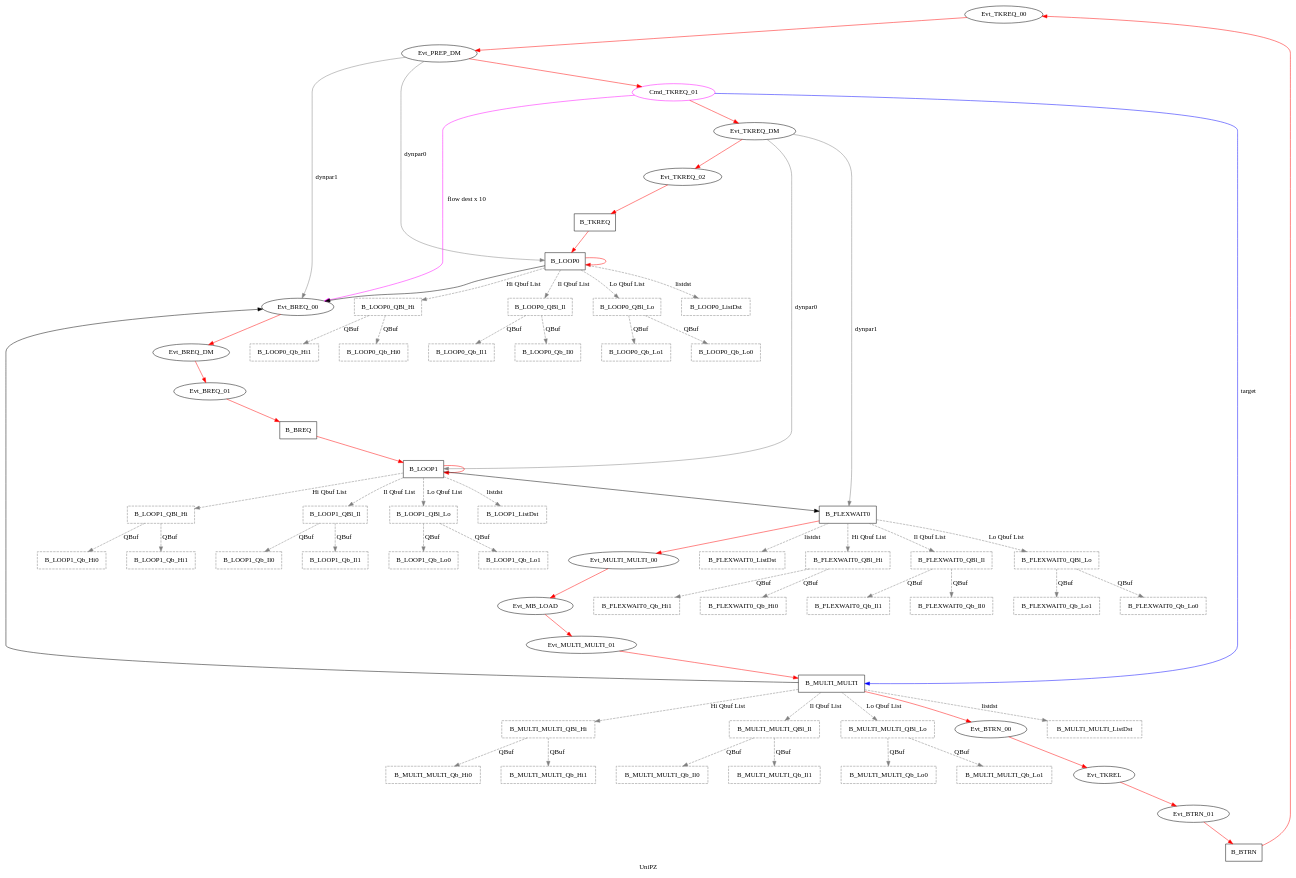
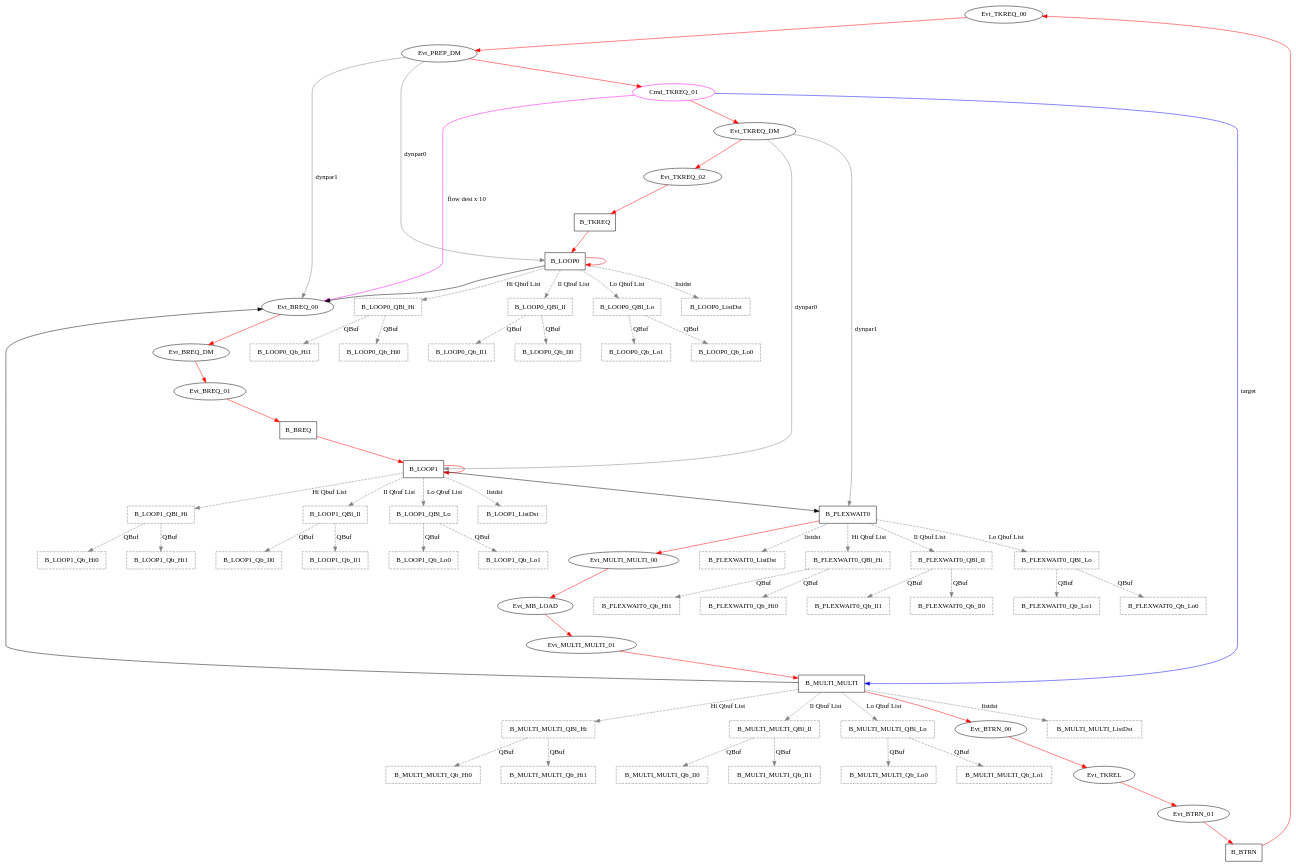
Before and after one commit to GSI-CS-CO/bel_projects: the diagram in modules/ftm/ftmx86/unipz.dot, drawn with Graphviz. The commit also changed 4 other files, not shown here.

Commit message:
tool: added full qualified node names (graphname.nodename) for upload versioning

```diff
--- a/modules/ftm/ftmx86/unipz.dot
+++ b/modules/ftm/ftmx86/unipz.dot
@@ -1,135 +1,137 @@
-digraph G {
-graph [label="UniPZ", root="Evt_BREQ_00",  rankdir=TB, nodesep=0.6, mindist=0.6, ranksep=0.6, overlap=false]
+digraph g {
+name="UNIPZv0123";
+
+graph [ root="Evt_BREQ_00",  rankdir=TB, nodesep=0.6, mindist=0.6, ranksep=0.6, overlap=false]
 node [type="TMsg", shape="rectangle",  style="filled", fillcolor="white", color="black"]
 edge [type="defdst", color="red"]
 
 Evt_TKREQ_00        [type="TMsg",                tOffs=0, id="0x0000000000000001", par="0x123", shape="oval"];
 Evt_PREP_DM         [type="TMsg",              tOffs=100, id="0x1111000000000000", par="0x0", shape="oval"];
 Cmd_TKREQ_01        [shape="oval",             tOffs=300, type="Flow", color="magenta", tValid=0, qty=9];
 Evt_TKREQ_DM        [type="TMsg",              tOffs=500, id="0x2222000000000000", par="0x0", shape="oval"];
 Evt_TKREQ_02        [type="TMsg",             tOffs=1000, id="0x0000000000000002", par="0x456", shape="oval"];
 B_TKREQ             [type="Block",        tPeriod=200000000];
 B_LOOP0             [type="Block",         tPeriod=10000];
 Evt_BREQ_00         [type="TMsg",                tOffs=0, id="0x0000000000000003", par="0x456", shape="oval"];
 Evt_BREQ_DM         [type="TMsg",             tOffs=2000, id="0x3333000000000000", par="0x456", shape="oval"];
 Evt_BREQ_01         [type="TMsg",             tOffs=9000, id="0x0000000000000004", par="0x456", shape="oval"];
 B_BREQ              [type="Block",        tPeriod=2000000];
 B_LOOP1             [type="Block",         tPeriod=10000];
 B_FLEXWAIT0         [type="Block",         tPeriod=71111];
 Evt_MULTI_MULTI_00  [type="TMsg",              tOffs=0,  id="0x0000000000000005", par="0x456", shape="oval"];
 Evt_MB_LOAD         [type="TMsg",              tOffs=200,  id="0x0000000000000006", par="0x456", shape="oval"];
 Evt_MULTI_MULTI_01  [type="TMsg",              tOffs=700,  id="0x0000000000000007", par="0x456", shape="oval"];
 B_MULTI_MULTI       [type="BlockAlign", tPeriod=10000000];
 Evt_BTRN_00         [type="TMsg",              tOffs=500,  id="0x0000000000000008", par="0x456", shape="oval"];
 Evt_TKREL           [type="TMsg",            tOffs=10000,  id="0x4444000000000000", par="0x456", shape="oval"];
 Evt_BTRN_01         [type="TMsg",            tOffs=10500,  id="0x0000000000000009", par="0x456", shape="oval"];
 B_BTRN              [type="Block",        tPeriod=200000];
 
 Evt_TKREQ_00  -> Evt_PREP_DM -> Cmd_TKREQ_01 -> Evt_TKREQ_DM -> Evt_TKREQ_02 -> B_TKREQ -> B_LOOP0 -> B_LOOP0;
 Cmd_TKREQ_01  -> B_MULTI_MULTI [type="target", color="blue", label="target"];
 Cmd_TKREQ_01  -> Evt_BREQ_00 [type="flowdst", color="magenta", label="flow dest x 10"];
 
 Evt_PREP_DM   -> B_LOOP0 [type="dynpar0", color="grey", label="dynpar0"];
 Evt_PREP_DM   -> Evt_BREQ_00 [type="dynpar1", color="grey", label="dynpar1"];
 Evt_TKREQ_DM  -> B_LOOP1 [type="dynpar0", color="grey", label="dynpar0"];
 Evt_TKREQ_DM  -> B_FLEXWAIT0 [type="dynpar1", color="grey", label="dynpar1"];
 B_LOOP0       -> Evt_BREQ_00 [type="altdst", color="black"];
 
 Evt_BREQ_00   -> Evt_BREQ_DM  -> Evt_BREQ_01  -> B_BREQ -> B_LOOP1 -> B_LOOP1;
 B_LOOP1       -> B_FLEXWAIT0 [type="altdst", color="black"];
 B_FLEXWAIT0   -> Evt_MULTI_MULTI_00 -> Evt_MB_LOAD -> Evt_MULTI_MULTI_01 -> B_MULTI_MULTI -> Evt_BTRN_00 -> Evt_TKREL -> Evt_BTRN_01 -> B_BTRN -> Evt_TKREQ_00;
 B_MULTI_MULTI -> Evt_BREQ_00 [type="altdst", color="black"];
 
 
 B_LOOP0_ListDst [type="ListDst", color="grey", style=dashed, flags=0];
 B_LOOP0_QBl_Hi [type="QInfo", color="grey", style=dashed, flags=0];
 B_LOOP0_QBl_Il [type="QInfo", color="grey", style=dashed, flags=0];
 B_LOOP0_QBl_Lo [type="QInfo", color="grey", style=dashed, flags=0];
 B_LOOP0_Qb_Hi0 [type="QBuf", color="grey", style=dashed, flags=0];
 B_LOOP0_Qb_Il0 [type="QBuf", color="grey", style=dashed, flags=0];
 B_LOOP0_Qb_Lo0 [type="QBuf", color="grey", style=dashed, flags=0];
 B_LOOP0_Qb_Hi1 [type="QBuf", color="grey", style=dashed, flags=0];
 B_LOOP0_Qb_Il1 [type="QBuf", color="grey", style=dashed, flags=0];
 B_LOOP0_Qb_Lo1 [type="QBuf", color="grey", style=dashed, flags=0];
 
 B_LOOP0->B_LOOP0_QBl_Il [type="prioil", color="grey", style=dashed, label="Il Qbuf List"];
 B_LOOP0->B_LOOP0_QBl_Hi [type="priohi", color="grey", style=dashed, label="Hi Qbuf List"];
 B_LOOP0->B_LOOP0_QBl_Lo [type="priolo", color="grey", style=dashed, label="Lo Qbuf List"];
 B_LOOP0_QBl_Il->B_LOOP0_Qb_Il0 [type="meta", color="grey", style=dashed, label="QBuf"];
 B_LOOP0_QBl_Hi->B_LOOP0_Qb_Hi0 [type="meta", color="grey", style=dashed, label="QBuf"];
 B_LOOP0_QBl_Lo->B_LOOP0_Qb_Lo0 [type="meta", color="grey", style=dashed, label="QBuf"];
 B_LOOP0_QBl_Il->B_LOOP0_Qb_Il1 [type="meta", color="grey", style=dashed, label="QBuf"];
 B_LOOP0_QBl_Hi->B_LOOP0_Qb_Hi1 [type="meta", color="grey", style=dashed, label="QBuf"];
 B_LOOP0_QBl_Lo->B_LOOP0_Qb_Lo1 [type="meta", color="grey", style=dashed, label="QBuf"];
 B_LOOP0->B_LOOP0_ListDst [type="listdst", color="grey", style=dashed, label="listdst"];
 
 B_LOOP1_ListDst [type="ListDst", color="grey", style=dashed, flags=0];
 B_LOOP1_QBl_Hi [type="QInfo", color="grey", style=dashed, flags=0];
 B_LOOP1_QBl_Il [type="QInfo", color="grey", style=dashed, flags=0];
 B_LOOP1_QBl_Lo [type="QInfo", color="grey", style=dashed, flags=0];
 B_LOOP1_Qb_Hi0 [type="QBuf", color="grey", style=dashed, flags=0];
 B_LOOP1_Qb_Il0 [type="QBuf", color="grey", style=dashed, flags=0];
 B_LOOP1_Qb_Lo0 [type="QBuf", color="grey", style=dashed, flags=0];
 B_LOOP1_Qb_Hi1 [type="QBuf", color="grey", style=dashed, flags=0];
 B_LOOP1_Qb_Il1 [type="QBuf", color="grey", style=dashed, flags=0];
 B_LOOP1_Qb_Lo1 [type="QBuf", color="grey", style=dashed, flags=0];
 
 B_LOOP1->B_LOOP1_QBl_Il [type="prioil", color="grey", style=dashed, label="Il Qbuf List"];
 B_LOOP1->B_LOOP1_QBl_Hi [type="priohi", color="grey", style=dashed, label="Hi Qbuf List"];
 B_LOOP1->B_LOOP1_QBl_Lo [type="priolo", color="grey", style=dashed, label="Lo Qbuf List"];
 B_LOOP1_QBl_Il->B_LOOP1_Qb_Il0 [type="meta", color="grey", style=dashed, label="QBuf"];
 B_LOOP1_QBl_Hi->B_LOOP1_Qb_Hi0 [type="meta", color="grey", style=dashed, label="QBuf"];
 B_LOOP1_QBl_Lo->B_LOOP1_Qb_Lo0 [type="meta", color="grey", style=dashed, label="QBuf"];
 B_LOOP1_QBl_Il->B_LOOP1_Qb_Il1 [type="meta", color="grey", style=dashed, label="QBuf"];
 B_LOOP1_QBl_Hi->B_LOOP1_Qb_Hi1 [type="meta", color="grey", style=dashed, label="QBuf"];
 B_LOOP1_QBl_Lo->B_LOOP1_Qb_Lo1 [type="meta", color="grey", style=dashed, label="QBuf"];
 B_LOOP1->B_LOOP1_ListDst [type="listdst", color="grey", style=dashed, label="listdst"];
 
 B_FLEXWAIT0_ListDst [type="ListDst", color="grey", style=dashed, flags=0];
 B_FLEXWAIT0_QBl_Hi [type="QInfo", color="grey", style=dashed, flags=0];
 B_FLEXWAIT0_QBl_Il [type="QInfo", color="grey", style=dashed, flags=0];
 B_FLEXWAIT0_QBl_Lo [type="QInfo", color="grey", style=dashed, flags=0];
 B_FLEXWAIT0_Qb_Hi0 [type="QBuf", color="grey", style=dashed, flags=0];
 B_FLEXWAIT0_Qb_Il0 [type="QBuf", color="grey", style=dashed, flags=0];
 B_FLEXWAIT0_Qb_Lo0 [type="QBuf", color="grey", style=dashed, flags=0];
 B_FLEXWAIT0_Qb_Hi1 [type="QBuf", color="grey", style=dashed, flags=0];
 B_FLEXWAIT0_Qb_Il1 [type="QBuf", color="grey", style=dashed, flags=0];
 B_FLEXWAIT0_Qb_Lo1 [type="QBuf", color="grey", style=dashed, flags=0];
 
 B_FLEXWAIT0->B_FLEXWAIT0_QBl_Il [type="prioil", color="grey", style=dashed, label="Il Qbuf List"];
 B_FLEXWAIT0->B_FLEXWAIT0_QBl_Hi [type="priohi", color="grey", style=dashed, label="Hi Qbuf List"];
 B_FLEXWAIT0->B_FLEXWAIT0_QBl_Lo [type="priolo", color="grey", style=dashed, label="Lo Qbuf List"];
 B_FLEXWAIT0_QBl_Il->B_FLEXWAIT0_Qb_Il0 [type="meta", color="grey", style=dashed, label="QBuf"];
 B_FLEXWAIT0_QBl_Hi->B_FLEXWAIT0_Qb_Hi0 [type="meta", color="grey", style=dashed, label="QBuf"];
 B_FLEXWAIT0_QBl_Lo->B_FLEXWAIT0_Qb_Lo0 [type="meta", color="grey", style=dashed, label="QBuf"];
 B_FLEXWAIT0_QBl_Il->B_FLEXWAIT0_Qb_Il1 [type="meta", color="grey", style=dashed, label="QBuf"];
 B_FLEXWAIT0_QBl_Hi->B_FLEXWAIT0_Qb_Hi1 [type="meta", color="grey", style=dashed, label="QBuf"];
 B_FLEXWAIT0_QBl_Lo->B_FLEXWAIT0_Qb_Lo1 [type="meta", color="grey", style=dashed, label="QBuf"];
 B_FLEXWAIT0->B_FLEXWAIT0_ListDst [type="listdst", color="grey", style=dashed, label="listdst"];
 
 
 B_MULTI_MULTI_ListDst [type="ListDst", color="grey", style=dashed, flags=0];
 B_MULTI_MULTI_QBl_Hi [type="QInfo", color="grey", style=dashed, flags=0];
 B_MULTI_MULTI_QBl_Il [type="QInfo", color="grey", style=dashed, flags=0];
 B_MULTI_MULTI_QBl_Lo [type="QInfo", color="grey", style=dashed, flags=0];
 B_MULTI_MULTI_Qb_Hi0 [type="QBuf", color="grey", style=dashed, flags=0];
 B_MULTI_MULTI_Qb_Il0 [type="QBuf", color="grey", style=dashed, flags=0];
 B_MULTI_MULTI_Qb_Lo0 [type="QBuf", color="grey", style=dashed, flags=0];
 B_MULTI_MULTI_Qb_Hi1 [type="QBuf", color="grey", style=dashed, flags=0];
 B_MULTI_MULTI_Qb_Il1 [type="QBuf", color="grey", style=dashed, flags=0];
 B_MULTI_MULTI_Qb_Lo1 [type="QBuf", color="grey", style=dashed, flags=0];
 
 B_MULTI_MULTI->B_MULTI_MULTI_QBl_Il [type="prioil", color="grey", style=dashed, label="Il Qbuf List"];
 B_MULTI_MULTI->B_MULTI_MULTI_QBl_Hi [type="priohi", color="grey", style=dashed, label="Hi Qbuf List"];
 B_MULTI_MULTI->B_MULTI_MULTI_QBl_Lo [type="priolo", color="grey", style=dashed, label="Lo Qbuf List"];
 B_MULTI_MULTI_QBl_Il->B_MULTI_MULTI_Qb_Il0 [type="meta", color="grey", style=dashed, label="QBuf"];
 B_MULTI_MULTI_QBl_Hi->B_MULTI_MULTI_Qb_Hi0 [type="meta", color="grey", style=dashed, label="QBuf"];
 B_MULTI_MULTI_QBl_Lo->B_MULTI_MULTI_Qb_Lo0 [type="meta", color="grey", style=dashed, label="QBuf"];
 B_MULTI_MULTI_QBl_Il->B_MULTI_MULTI_Qb_Il1 [type="meta", color="grey", style=dashed, label="QBuf"];
 B_MULTI_MULTI_QBl_Hi->B_MULTI_MULTI_Qb_Hi1 [type="meta", color="grey", style=dashed, label="QBuf"];
 B_MULTI_MULTI_QBl_Lo->B_MULTI_MULTI_Qb_Lo1 [type="meta", color="grey", style=dashed, label="QBuf"];
 B_MULTI_MULTI->B_MULTI_MULTI_ListDst [type="listdst", color="grey", style=dashed, label="listdst"];
 
 
 
 }
```
